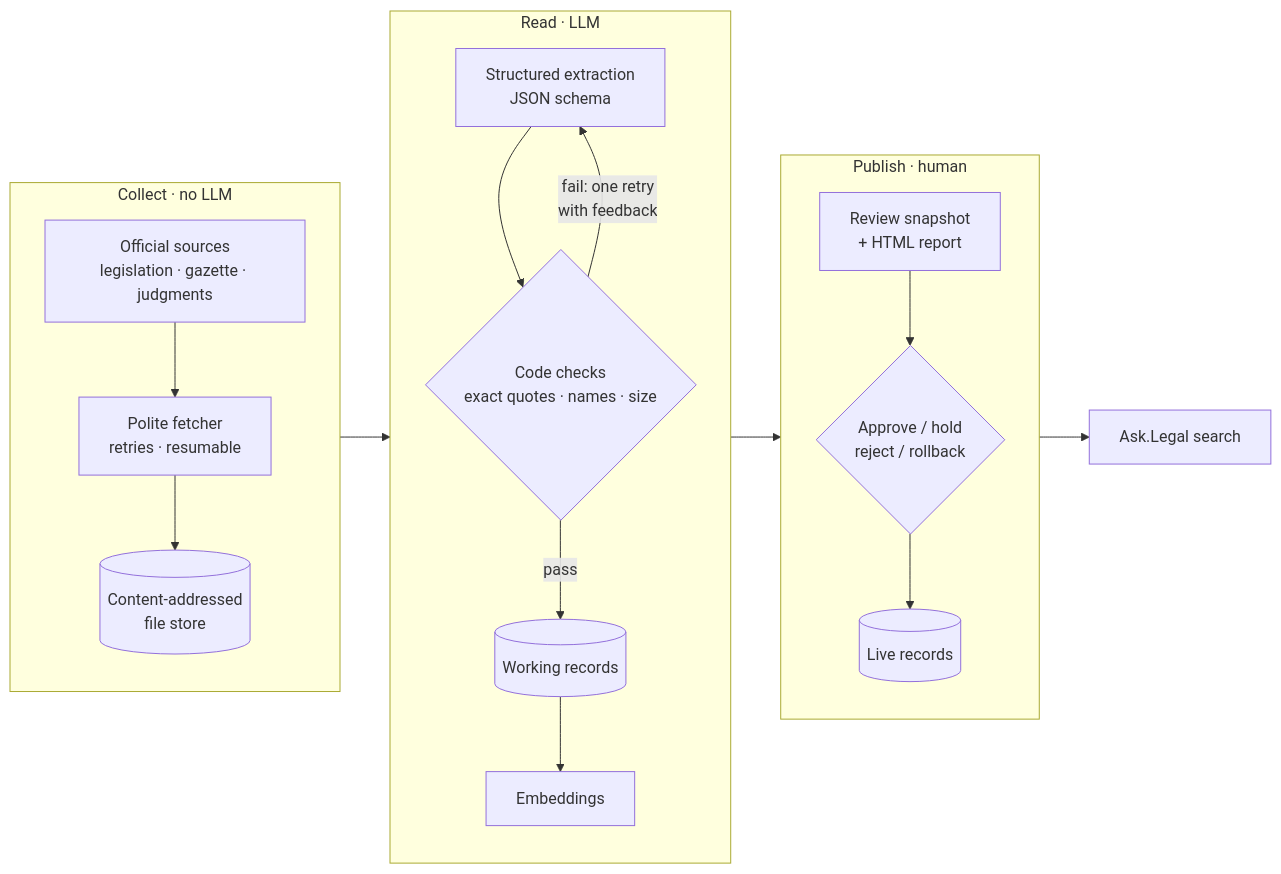
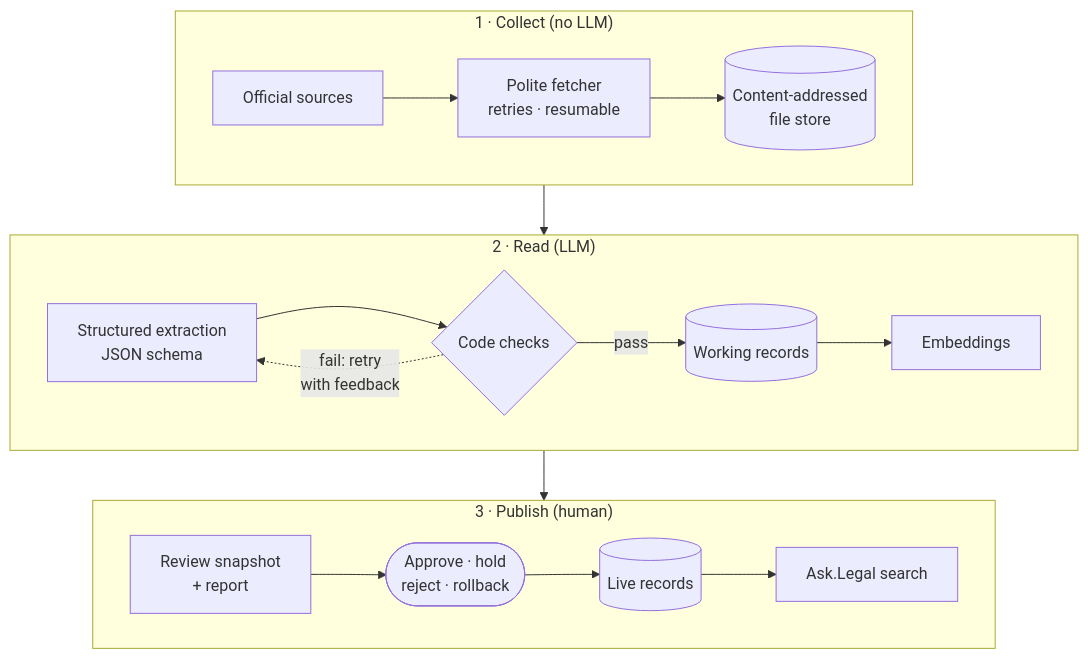
Before and after one commit to stevw-repo/noteup-showcase: the diagram in README.md, drawn with Mermaid.

Commit message:
Stack the architecture diagram so it reads at page width

````diff
--- a/README.md
+++ b/README.md
@@ -74,23 +74,18 @@
 ```mermaid
-flowchart LR
-    subgraph collect["Collect · no LLM"]
-        direction TB
-        src["Official sources<br/>legislation · gazette · judgments"] --> fetch["Polite fetcher<br/>retries · resumable"]
-        fetch --> raw[("Content-addressed<br/>file store")]
+flowchart TB
+    subgraph collect["1 · Collect (no LLM)"]
+        direction LR
+        src["Official sources"] --> fetch["Polite fetcher<br/>retries · resumable"] --> raw[("Content-addressed<br/>file store")]
     end
-    subgraph read["Read · LLM"]
-        direction TB
-        llm["Structured extraction<br/>JSON schema"] --> verify{"Code checks<br/>exact quotes · names · size"}
-        verify -- "fail: one retry<br/>with feedback" --> llm
-        verify -- pass --> working[("Working records")]
-        working --> embed["Embeddings"]
+    subgraph read["2 · Read (LLM)"]
+        direction LR
+        llm["Structured extraction<br/>JSON schema"] --> verify{"Code checks"}
+        verify -. "fail: retry<br/>with feedback" .-> llm
+        verify -- pass --> working[("Working records")] --> embed["Embeddings"]
     end
-    subgraph publish["Publish · human"]
-        direction TB
-        snap["Review snapshot<br/>+ HTML report"] --> approve{"Approve / hold<br/>reject / rollback"}
-        approve --> live[("Live records")]
+    subgraph publish["3 · Publish (human)"]
+        direction LR
+        snap["Review snapshot<br/>+ report"] --> approve(["Approve · hold<br/>reject · rollback"]) --> live[("Live records")] --> app["Ask.Legal search"]
     end
-    raw --> llm
-    embed --> snap
-    live --> app["Ask.Legal search"]
+    collect --> read --> publish
 ```
````
